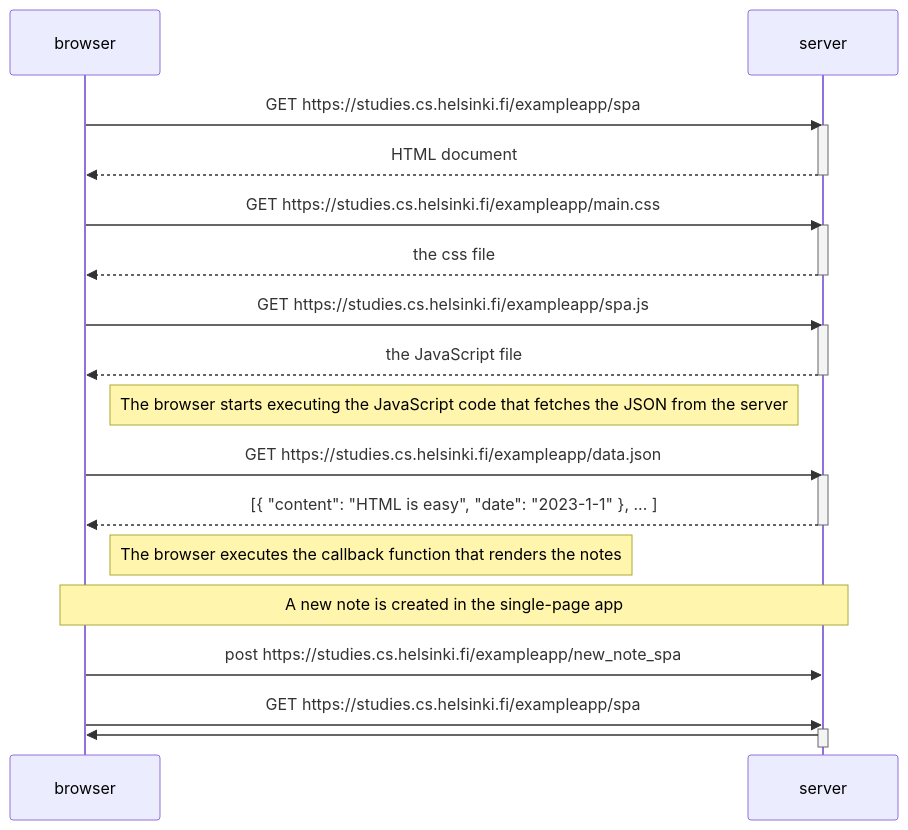
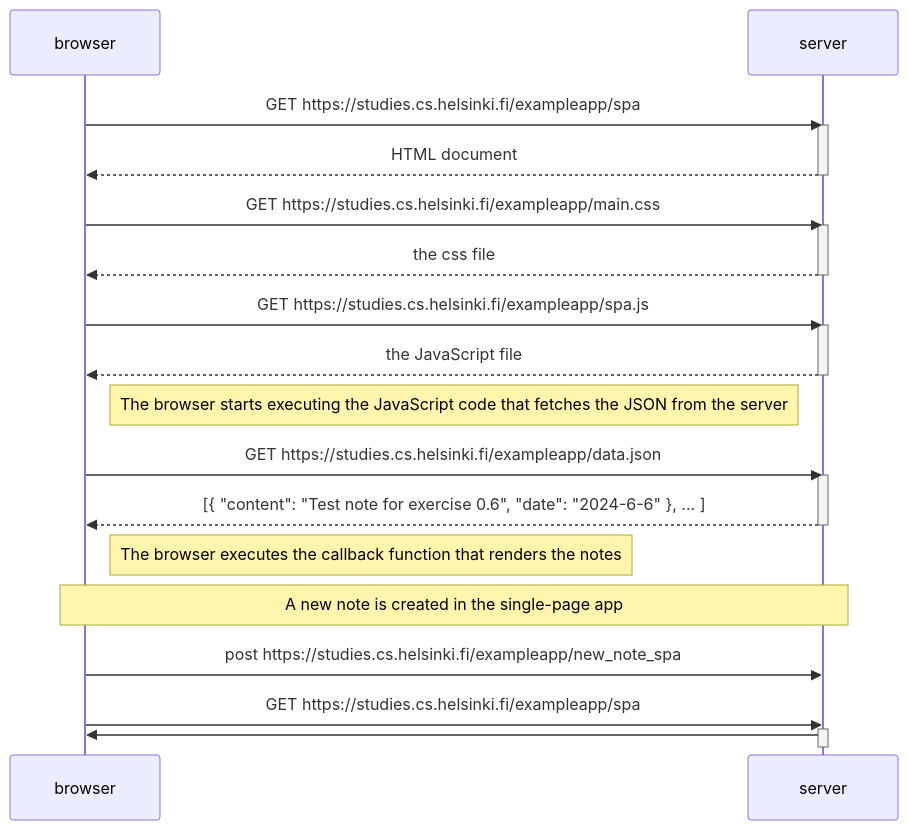
Before and after one commit to obhi1kenobhi/FSO: the diagram in part0/exercise_0_6.md, drawn with Mermaid. The commit also changed 2 other files, not shown here.

Commit message:
exercises 0.4, 0.5 and 0.6

````diff
--- a/part0/exercise_0_6.md
+++ b/part0/exercise_0_6.md
@@ -1,37 +1,37 @@
 ```mermaid
     sequenceDiagram
         participant browser
         participant server
     
         browser->>server: GET https://studies.cs.helsinki.fi/exampleapp/spa
         activate server
         server-->>browser: HTML document
         deactivate server
     
         browser->>server: GET https://studies.cs.helsinki.fi/exampleapp/main.css
         activate server
         server-->>browser: the css file
         deactivate server
     
         browser->>server: GET https://studies.cs.helsinki.fi/exampleapp/spa.js
         activate server
         server-->>browser: the JavaScript file
         deactivate server
     
         Note right of browser: The browser starts executing the JavaScript code that fetches the JSON from the server
     
         browser->>server: GET https://studies.cs.helsinki.fi/exampleapp/data.json
         activate server
-        server-->>browser: [{ "content": "HTML is easy", "date": "2023-1-1" }, ... ]
+        server-->>browser: [{ "content": "Test note for exercise 0.6", "date": "2024-6-6" }, ... ]
         deactivate server
 
         Note right of browser: The browser executes the callback function that renders the notes
 
         Note over browser,server: A new note is created in the single-page app
 
         browser->>server: post https://studies.cs.helsinki.fi/exampleapp/new_note_spa
         browser->>server: GET https://studies.cs.helsinki.fi/exampleapp/spa
         activate server
         server->>browser: 
         deactivate server
 ```
````
